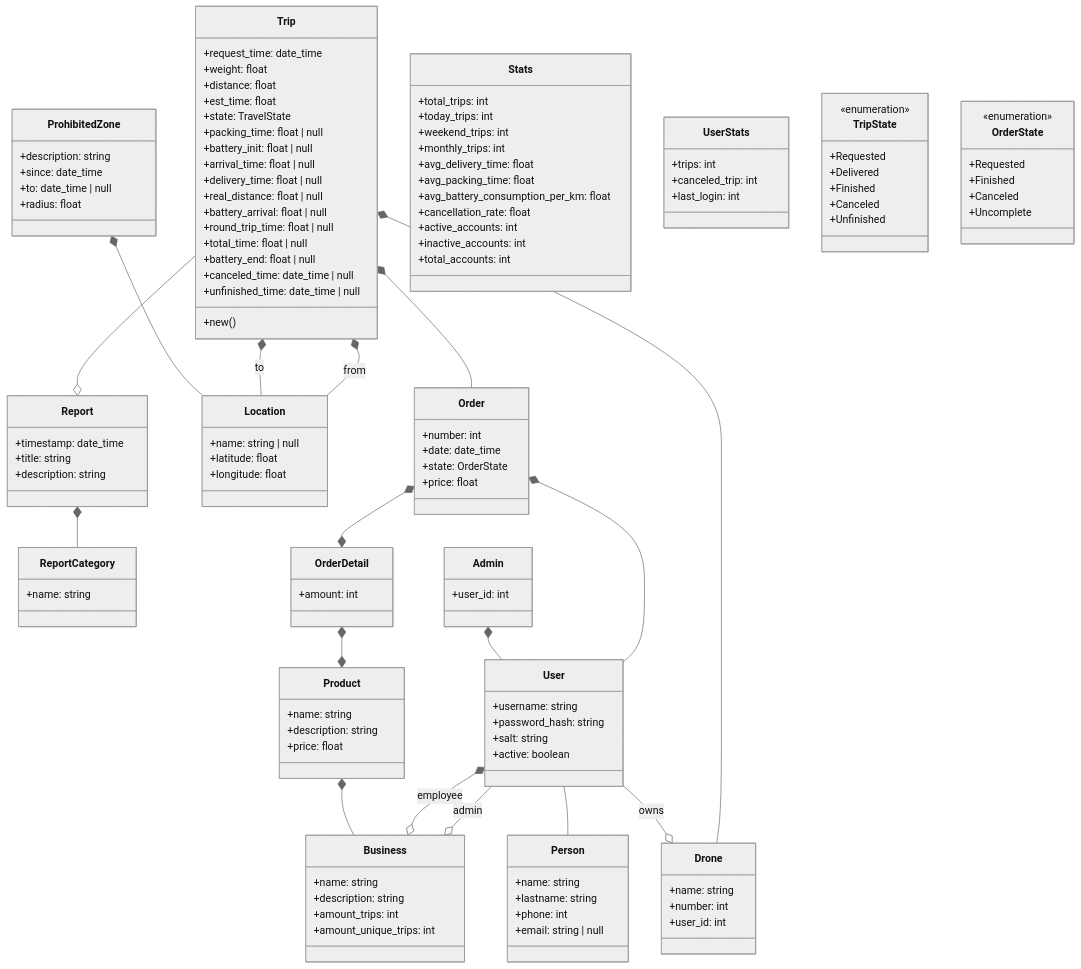
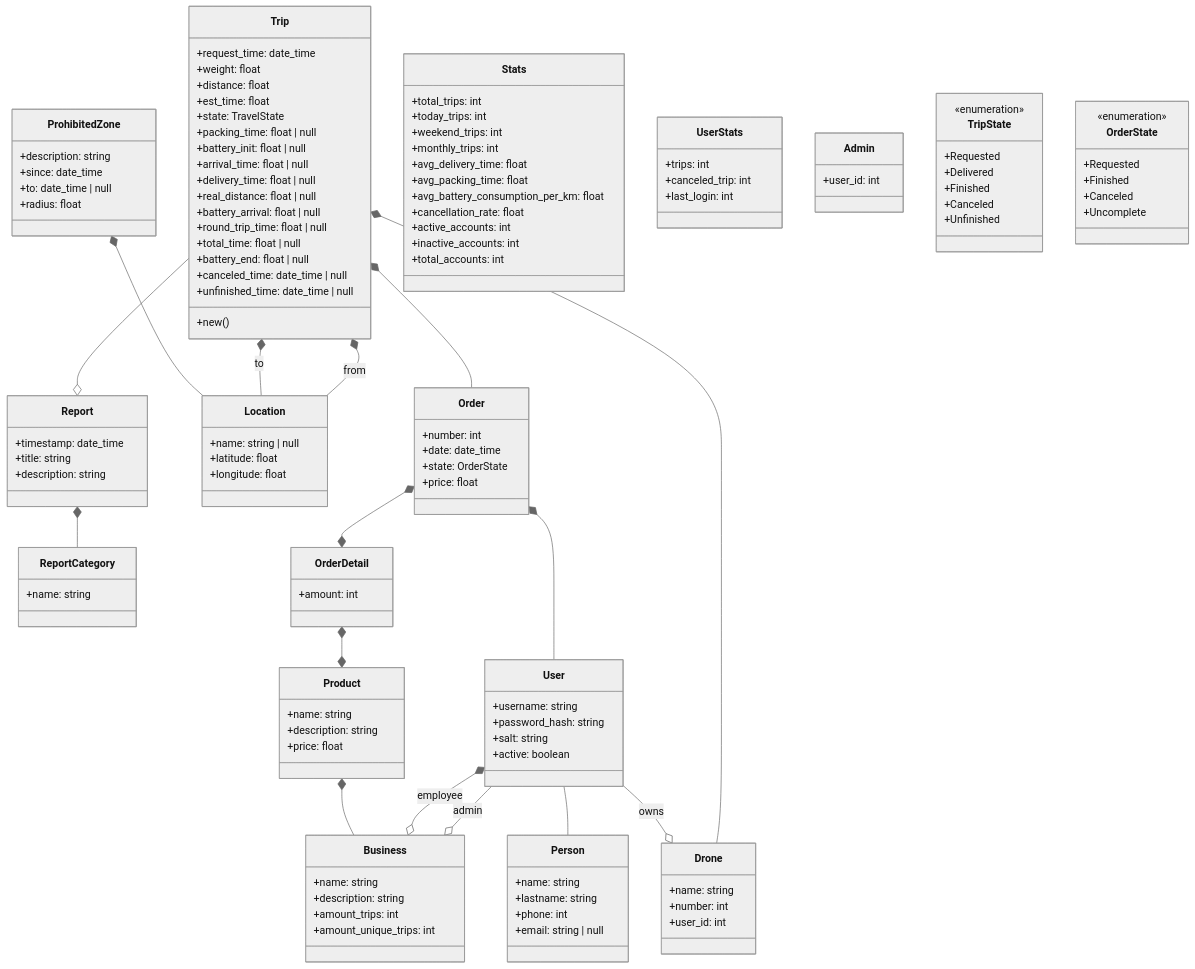
Before and after one commit to vector-sur/backend: the second of 3 diagrams in README.md, drawn with Mermaid (neutral theme).

Commit message:
Remove Admin relationship from User in UML diagram

```diff
--- a/README.md
+++ b/README.md
@@ -54,7 +54,6 @@
     Order *--* OrderDetail
     OrderDetail *--* Product
     User -- Person
-    Admin *-- User
 
     class Person {
         +name: string
```
